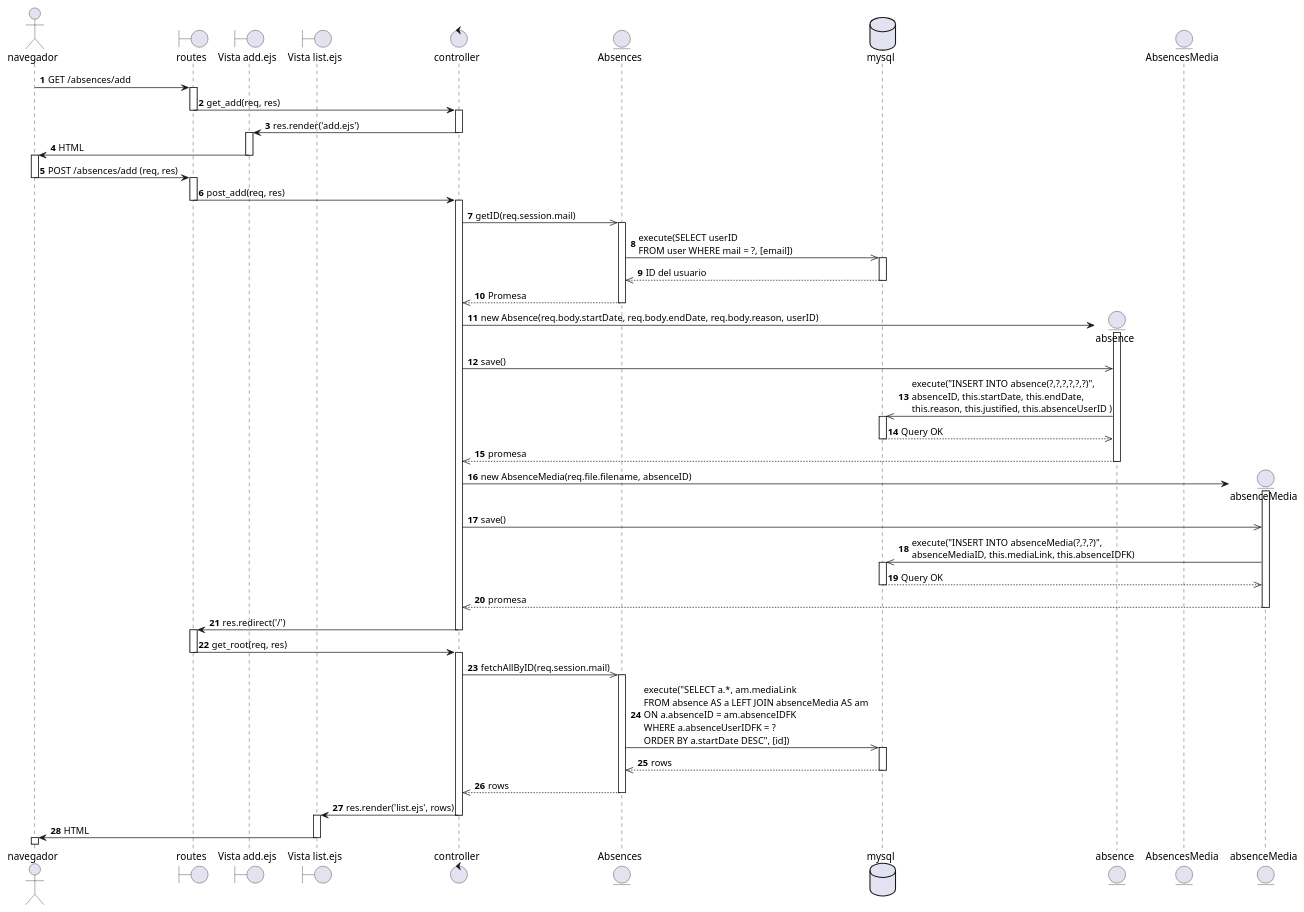
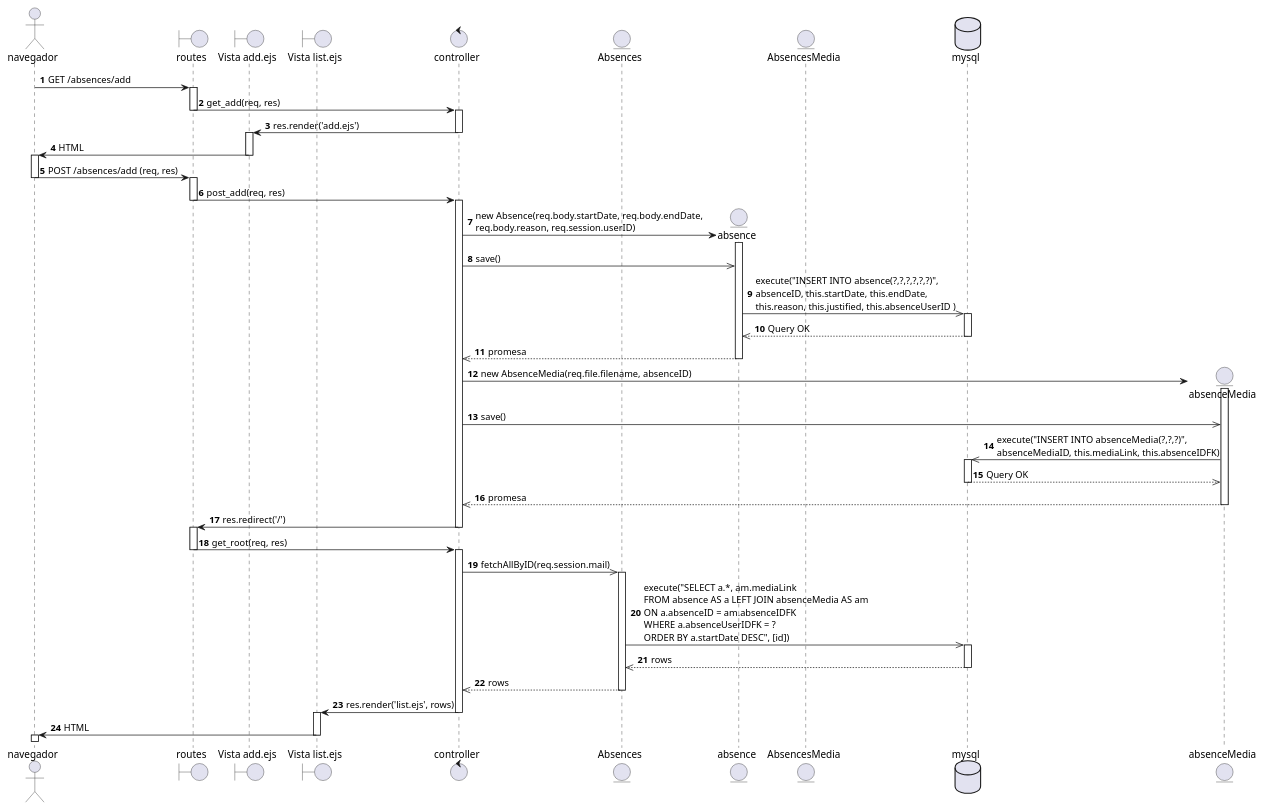
One commit to EdCanCe/WorkCells changed the diagram in diagrams/Casos de Uso/yael req fun/Diagramas de Secuencia/registrarAusencia.puml. Above: the diagram before and after it, drawn with PlantUML.

Commit message:
Update: diagrama de absences modificado con el userID desde sesion

```diff
--- a/diagrams/Casos de Uso/yael req fun/Diagramas de Secuencia/registrarAusencia.puml
+++ b/diagrams/Casos de Uso/yael req fun/Diagramas de Secuencia/registrarAusencia.puml
@@ -1,87 +1,79 @@
 @startuml
 
 actor navegador
 boundary routes
 boundary "Vista add.ejs" as add
 boundary "Vista list.ejs" as list
 control controller
 
 autonumber
 navegador -> routes: GET /absences/add
 activate routes
 routes -> controller: get_add(req, res)
 deactivate routes
 activate controller
 controller -> add: res.render('add.ejs')
 deactivate controller
 activate add
 add -> navegador: HTML
 deactivate add
 activate navegador
 
 navegador -> routes: POST /absences/add (req, res)
 deactivate navegador
 activate routes
 routes -> controller: post_add(req, res)
 deactivate routes
 activate controller
 
 entity Absences
-database mysql
-controller ->> Absences: getID(req.session.mail)
-activate Absences
-Absences ->> mysql: execute(SELECT userID \nFROM user WHERE mail = ?, [email])
-activate mysql
-mysql -->> Absences: ID del usuario
-deactivate mysql
-Absences -->> controller: Promesa
-deactivate Absences
 
 create entity absence
-controller -> absence: new Absence(req.body.startDate, req.body.endDate, req.body.reason, userID)
+controller -> absence: new Absence(req.body.startDate, req.body.endDate, \nreq.body.reason, req.session.userID)
 activate absence
 controller ->> absence: save()
 
 entity AbsencesMedia
+database mysql
 
 absence ->> mysql: execute("INSERT INTO absence(?,?,?,?,?,?)",\nabsenceID, this.startDate, this.endDate, \nthis.reason, this.justified, this.absenceUserID )
 activate mysql
 mysql -->> absence: Query OK
 deactivate mysql
 absence -->> controller: promesa
 deactivate absence
 
 create entity absenceMedia
 controller -> absenceMedia: new AbsenceMedia(req.file.filename, absenceID)
 activate absenceMedia
 controller ->> absenceMedia : save()
 absenceMedia ->> mysql: execute("INSERT INTO absenceMedia(?,?,?)", \nabsenceMediaID, this.mediaLink, this.absenceIDFK)
 activate mysql
 mysql -->> absenceMedia: Query OK
 deactivate mysql
 absenceMedia -->> controller: promesa
 deactivate absenceMedia
 
 controller -> routes: res.redirect('/')
 deactivate controller
 
 activate routes
 routes -> controller: get_root(req, res)
 deactivate routes
 activate controller
 controller ->> Absences: fetchAllByID(req.session.mail)
 activate Absences
 Absences ->> mysql: execute("SELECT a.*, am.mediaLink \nFROM absence AS a LEFT JOIN absenceMedia AS am \nON a.absenceID = am.absenceIDFK \nWHERE a.absenceUserIDFK = ? \nORDER BY a.startDate DESC", [id])
 activate mysql
 mysql -->> Absences: rows
 deactivate mysql
 Absences -->> controller: rows
 deactivate Absences
 
 controller -> list: res.render('list.ejs', rows)
 deactivate controller
 activate list
 list -> navegador: HTML
 deactivate list
 activate navegador
 @enduml
```
